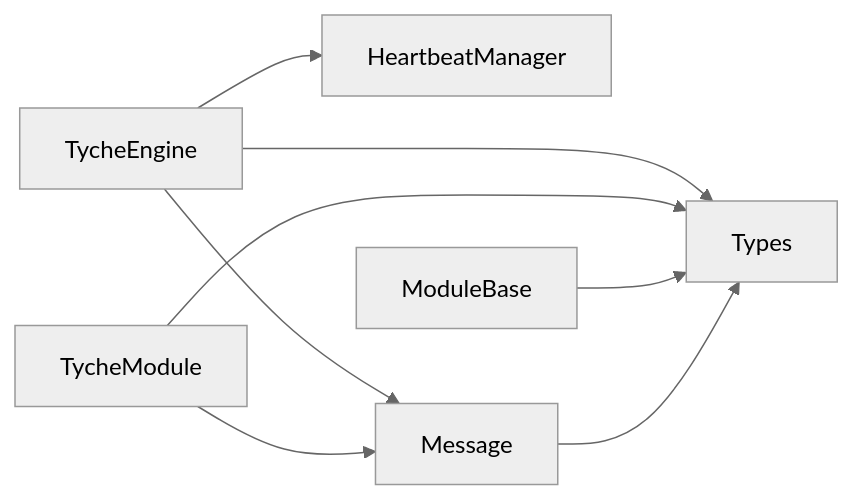
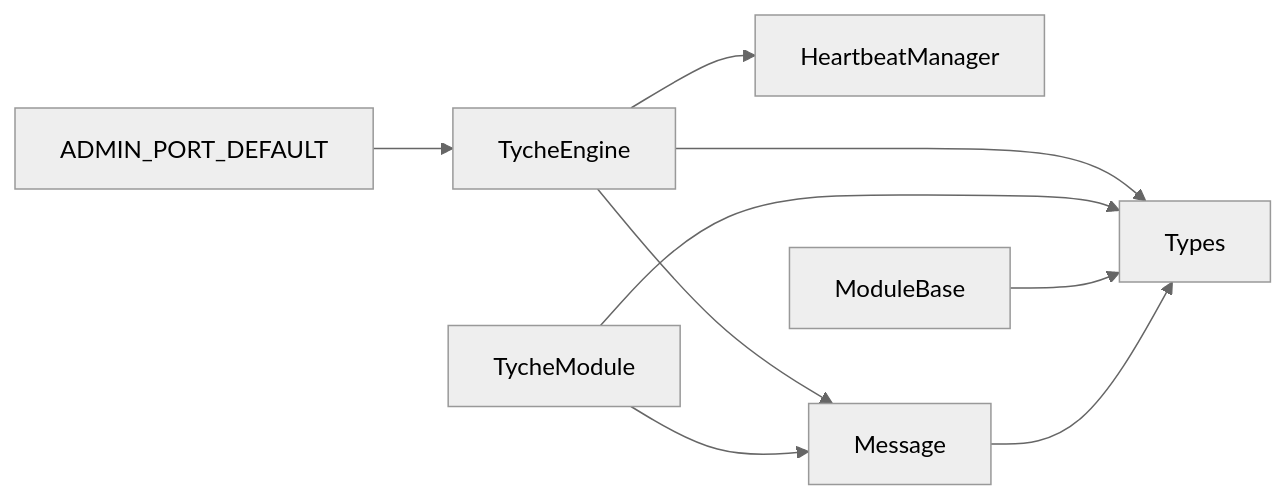
One commit to zt281/TycheEngine changed the eighth of 8 diagrams in .qoder/repowiki/en/content/Core Components/Core Components.md. Above: the diagram before and after it, drawn with Mermaid (neutral theme). The commit also changed other lines of this file and 5 other files, not shown here.

````diff
--- a/.qoder/repowiki/en/content/Core Components/Core Components.md
+++ b/.qoder/repowiki/en/content/Core Components/Core Components.md
@@ -497,10 +565,11 @@
 ```mermaid
 graph LR
 Engine["TycheEngine"] --> HBMgr["HeartbeatManager"]
 Engine --> Msg["Message"]
 Engine --> Types["Types"]
 TycheMod["TycheModule"] --> Msg
 TycheMod --> Types
 ModBase["ModuleBase"] --> Types
 Msg --> Types
+AdminConst["ADMIN_PORT_DEFAULT"] --> Engine
 ```
````
